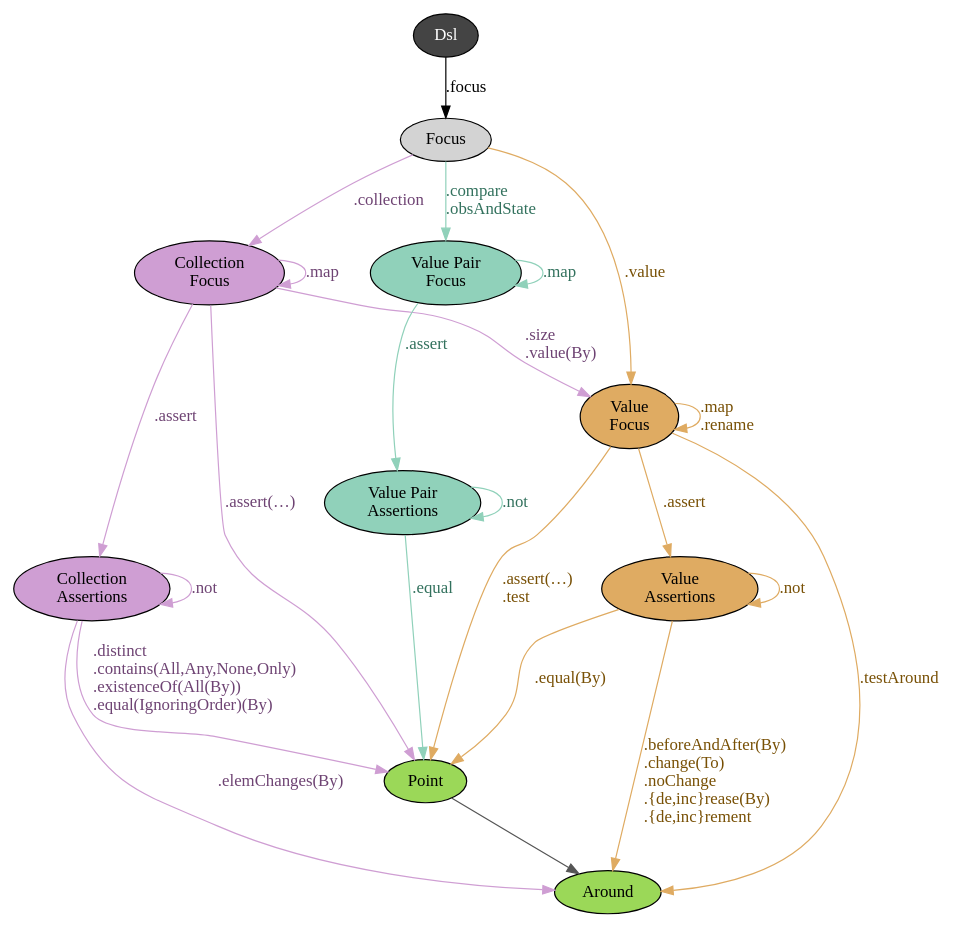
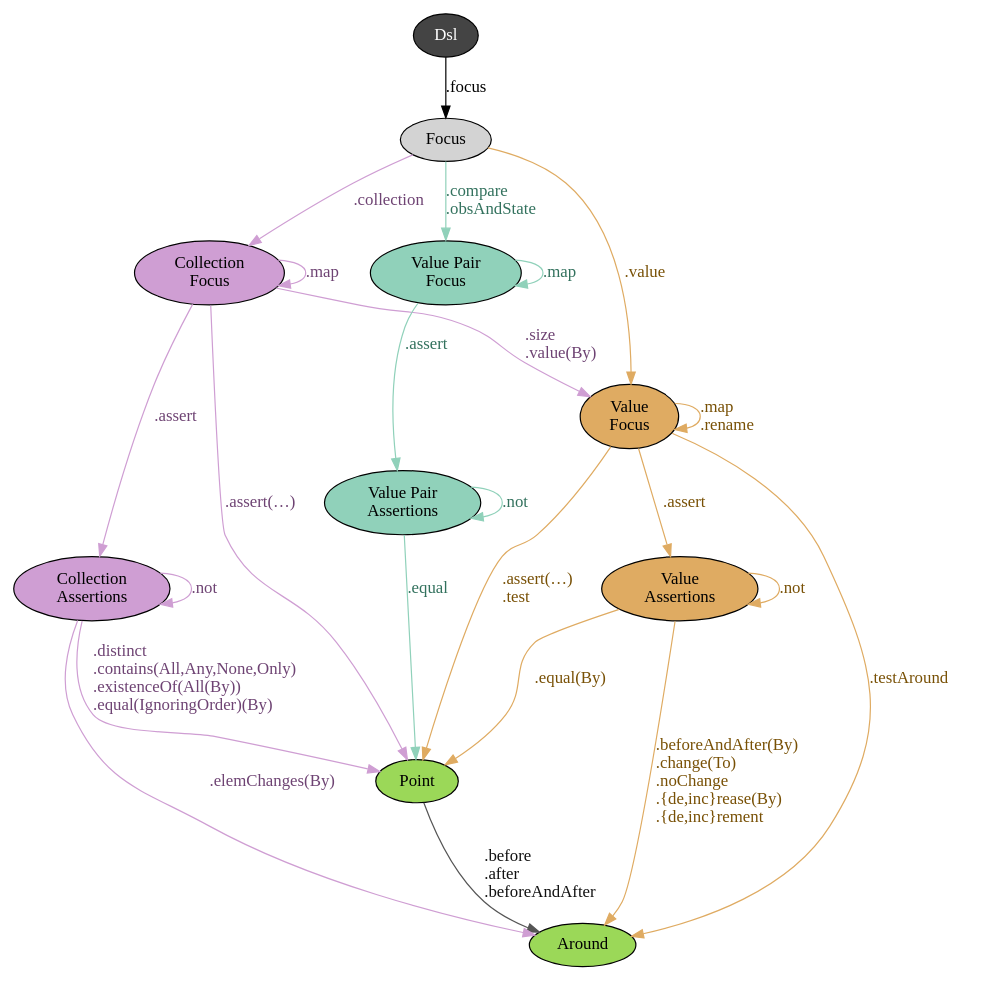
Before and after one commit to japgolly/test-state: the diagram in doc/dsl-focus.gv, drawn with Graphviz. The commit also changed 4 other files, not shown here.

Commit message:
Tweak DSL doc and diagrams

```diff
--- a/doc/dsl-focus.gv
+++ b/doc/dsl-focus.gv
@@ -1,72 +1,72 @@
 digraph G {
 node[style=filled]
 //edge[minlen=2]
 
 root [fillcolor="#444444" fontcolor=white label="Dsl"]
 
 {
 node[fillcolor="#9BD858"] edge[color="#9BD858" fontcolor="#377700"]
 Point  [label="Point"]
 Around [label="Around"]
-Point -> Around [color="#555555"]
+Point -> Around [color="#555555" fontcolor="#111111" label=".before\l.after\l.beforeAndAfter\l"]
 }
 
 // root -> focus,transformer
 // root -> emptyPlan,emptyTest
 
 /*
 root -> Action [label=".chooseAction(Attempt)\l.emptyAction\l.print\l"]
 root -> Around [label=".around\l.chooseAround(Attempt)\l.emptyAround\l.testAround\l"]
 root -> Point  [label=".choosePoint(Attempt)\l.point\l.test\l"]
 root -> Invariant [label=".chooseInvariant(Attempt)\l.emptyInvariant\l"]
 
 root -> action [label=".action"]
 action -> Action [label=".apply\l.attempt\l.update(By)\l.full\l"]
 */
 
 
 // node[style=filled fillcolor="#ffcccc"]
 // edge[color="#bb8888" fontcolor="#772222"]
 
 root -> Focus [label=".focus\l"]
 
 node[fillcolor="#DFAB62"] edge[color="#DFAB62" fontcolor="#785005"]
 FocusValue [label="Value\nFocus"]
 FocusValueAO [label="Value\nAssertions"]
 Focus        -> FocusValue   [label=".value\l"]
 FocusValue   -> FocusValue   [label=".map\l.rename\l"]
 FocusValue   -> FocusValueAO [label=".assert\l"]
 FocusValueAO -> FocusValueAO [label=".not\l"]
 FocusValue   -> Point        [label=".assert(…)\l.test\l"]
 FocusValueAO -> Point        [label=".equal(By)\l"]
 FocusValue   -> Around       [label=".testAround\l"]
 FocusValueAO -> Around       [label=".beforeAndAfter(By)\l.change(To)\l.noChange\l.{de,inc}rease(By)\l.{de,inc}rement\l"]
 
 node[fillcolor="#CF9ED3"] edge[color="#CF9ED3" fontcolor="#6e4373"]
 FocusColl [label="Collection\nFocus"]
 FocusCollAO [label="Collection\nAssertions"]
 Focus       -> FocusColl   [label=".collection\l"]
 FocusColl   -> FocusColl   [label=".map\l"]
 FocusColl   -> FocusCollAO [label=".assert\l"]
 FocusColl   -> FocusValue  [label=".size\l.value(By)\l"]
 FocusCollAO -> FocusCollAO [label=".not\l"]
 FocusColl   -> Point       [label=".assert(…)\l"]
 FocusCollAO -> Point       [label=".distinct\l.contains(All,Any,None,Only)\l.existenceOf(All(By))\l.equal(IgnoringOrder)(By)\l"]
 FocusCollAO -> Around      [label=".elemChanges(By)\l"]
 
 node[fillcolor="#90D1BA"] edge[color="#90D1BA" fontcolor="#32715d"]
 BiFocus [label="Value Pair\nFocus"]
 BiFocusAO [label="Value Pair\nAssertions"]
 Focus       -> BiFocus     [label=".compare\l.obsAndState\l"]
 BiFocus     -> BiFocus     [label=".map\l"]
 BiFocus     -> BiFocusAO   [label=".assert\l"]
 BiFocusAO   -> BiFocusAO   [label=".not\l"]
 BiFocusAO   -> Point       [label=".equal\l"]
 /*
 ObsAndState [label="Value Pair\nFocus"]
 Focus       -> ObsAndState [label=".obsAndState\l"]
 ObsAndState -> ObsAndState [label=".map\l"]
 ObsAndState -> BiFocus     [style=dashed label="<extends>"]
 ObsAndState -> FocusValue  [label=".obs\l.state\l"]
 */
 }
```
